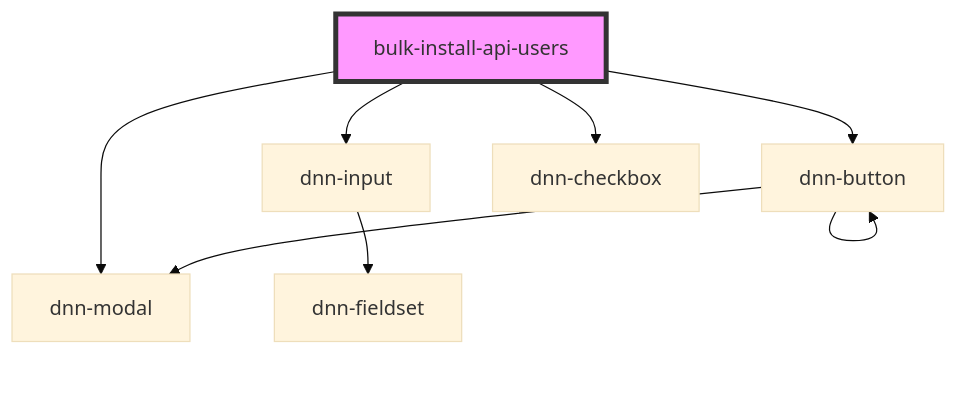
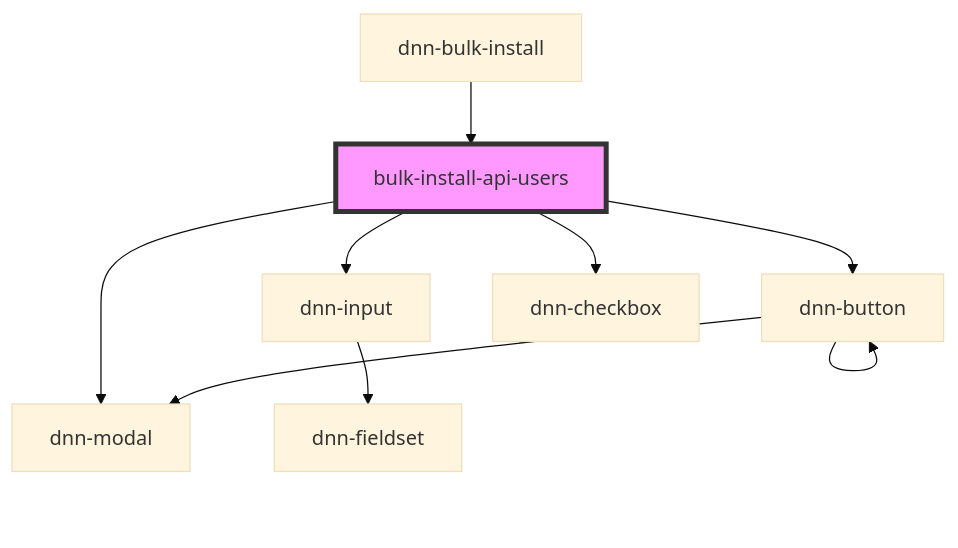
The diagram in DNN Platform/Modules/BulkInstall/BulkInstall.Web/src/components/tabs/bulk-install-api-users/readme.md (dnnsoftware/Dnn.Platform), drawn with Mermaid (base theme) before and after one commit. The commit also changed other lines of this file and 8 other files, not shown here.

Commit message:
Bulk Install: Implemented initial UI for Install tab

````diff
--- a/DNN Platform/Modules/BulkInstall/BulkInstall.Web/src/components/tabs/bulk-install-api-users/readme.md
+++ b/DNN Platform/Modules/BulkInstall/BulkInstall.Web/src/components/tabs/bulk-install-api-users/readme.md
@@ -18,11 +22,12 @@
 ```mermaid
 graph TD;
   bulk-install-api-users --> dnn-button
   bulk-install-api-users --> dnn-modal
   bulk-install-api-users --> dnn-input
   bulk-install-api-users --> dnn-checkbox
   dnn-button --> dnn-modal
   dnn-button --> dnn-button
   dnn-input --> dnn-fieldset
+  dnn-bulk-install --> bulk-install-api-users
   style bulk-install-api-users fill:#f9f,stroke:#333,stroke-width:4px
 ```
````
